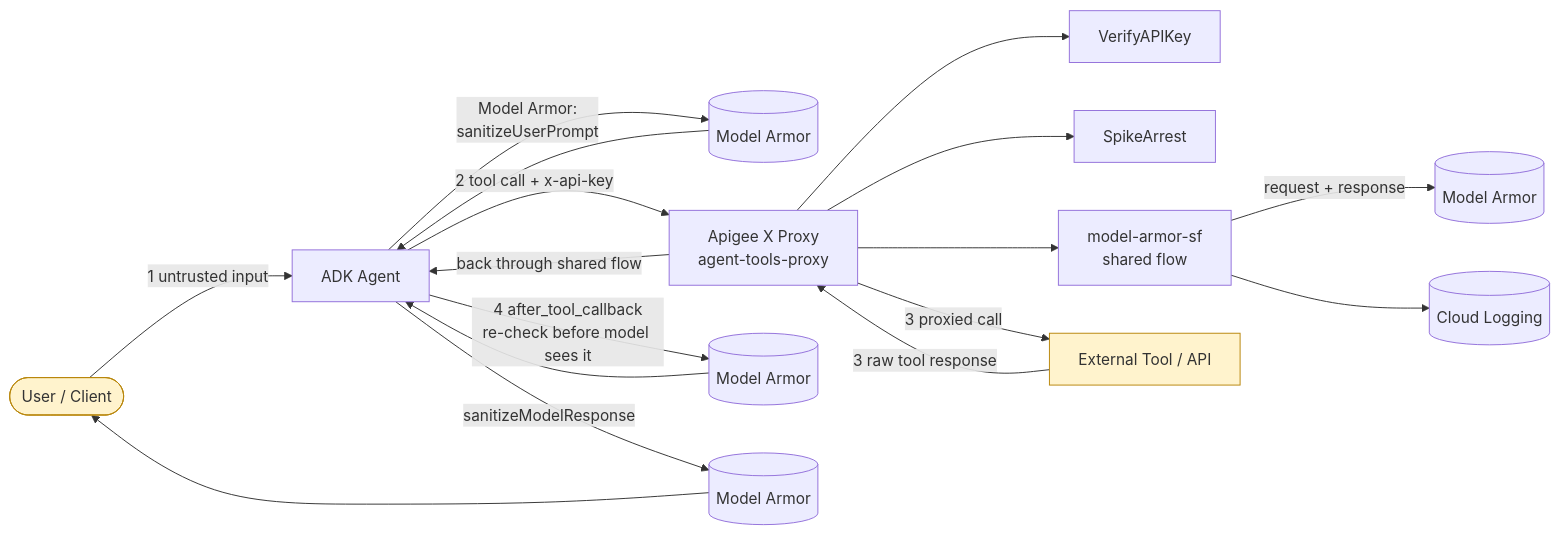
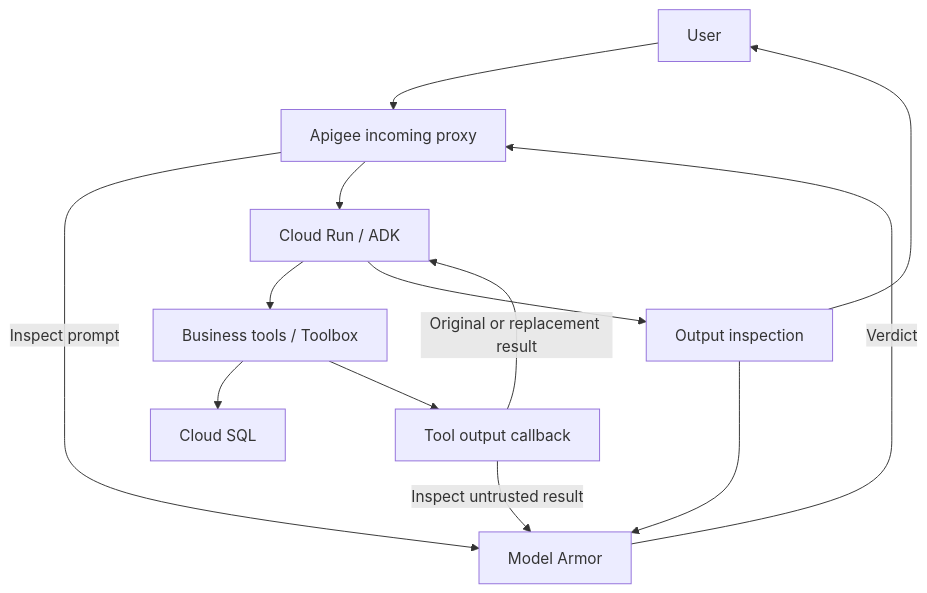
Before and after one commit to saiflayouni/apigee-ai-guardrails: the diagram in docs/architecture.md, drawn with Mermaid. The commit also changed other lines of this file and 11 other files, not shown here.

Commit message:
Document deployed architecture and remove hardcoded database password

````diff
--- a/docs/architecture.md
+++ b/docs/architecture.md
@@ -9,25 +14,15 @@
 ```mermaid
-flowchart LR
-    U([User / Client]) -->|"1 untrusted input"| A[ADK Agent]
-    A -->|"Model Armor:\nsanitizeUserPrompt"| MA1[(Model Armor)]
-    MA1 --> A
-
-    A -->|"2 tool call + x-api-key"| P[Apigee X Proxy\nagent-tools-proxy]
-    P --> VA[VerifyAPIKey]
-    P --> SA[SpikeArrest]
-    P --> SF[model-armor-sf\nshared flow]
-    SF -->|"request + response"| MA2[(Model Armor)]
-    SF --> CL[(Cloud Logging)]
-
-    P -->|"3 proxied call"| T[External Tool / API]
-    T -->|"3 raw tool response"| P
-    P -->|"back through shared flow"| A
-
-    A -->|"4 after_tool_callback\nre-check before model sees it"| MA3[(Model Armor)]
-    MA3 --> A
-    A -->|"sanitizeModelResponse"| MA4[(Model Armor)]
-    MA4 --> U
-
-    classDef boundary fill:#fff3cd,stroke:#b8860b,stroke-width:1px;
-    class U,T boundary
+flowchart TD
+    U[User] --> G[Apigee incoming proxy]
+    G -->|Inspect prompt| M[Model Armor]
+    M -->|Verdict| G
+    G --> A[Cloud Run / ADK]
+    A --> T[Business tools / Toolbox]
+    T --> D[Cloud SQL]
+    T --> C[Tool output callback]
+    C -->|Inspect untrusted result| M
+    C -->|Original or replacement result| A
+    A --> O[Output inspection]
+    O --> M
+    O --> U
 ```
````
